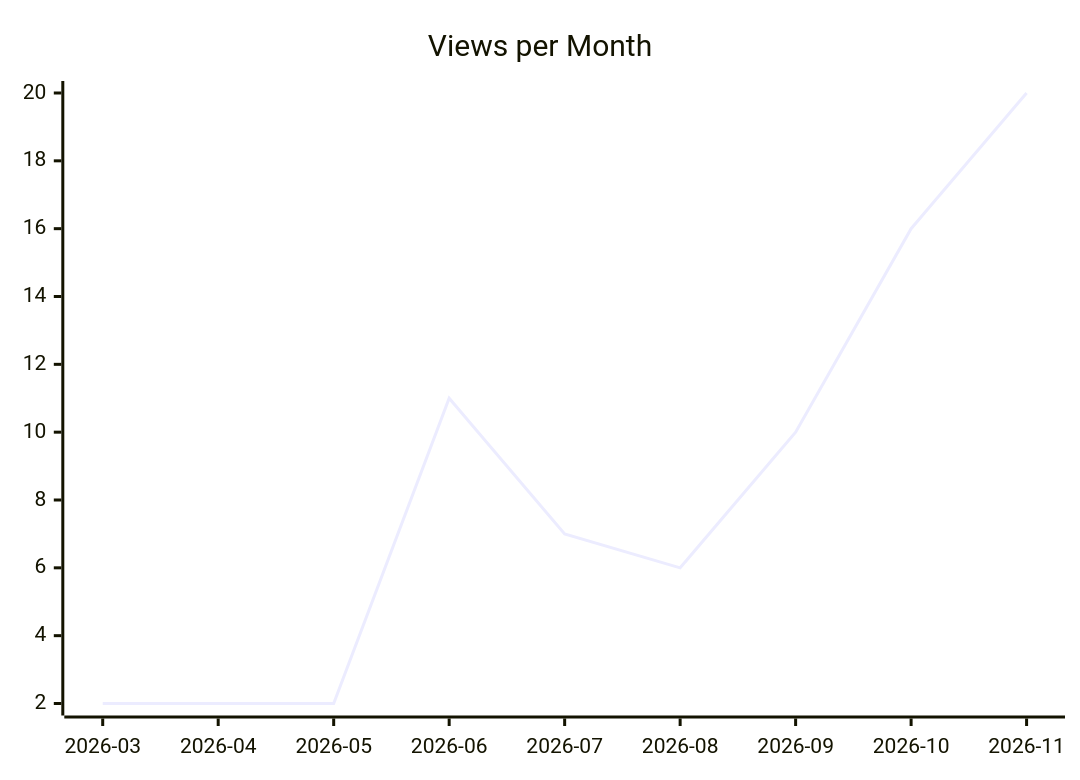
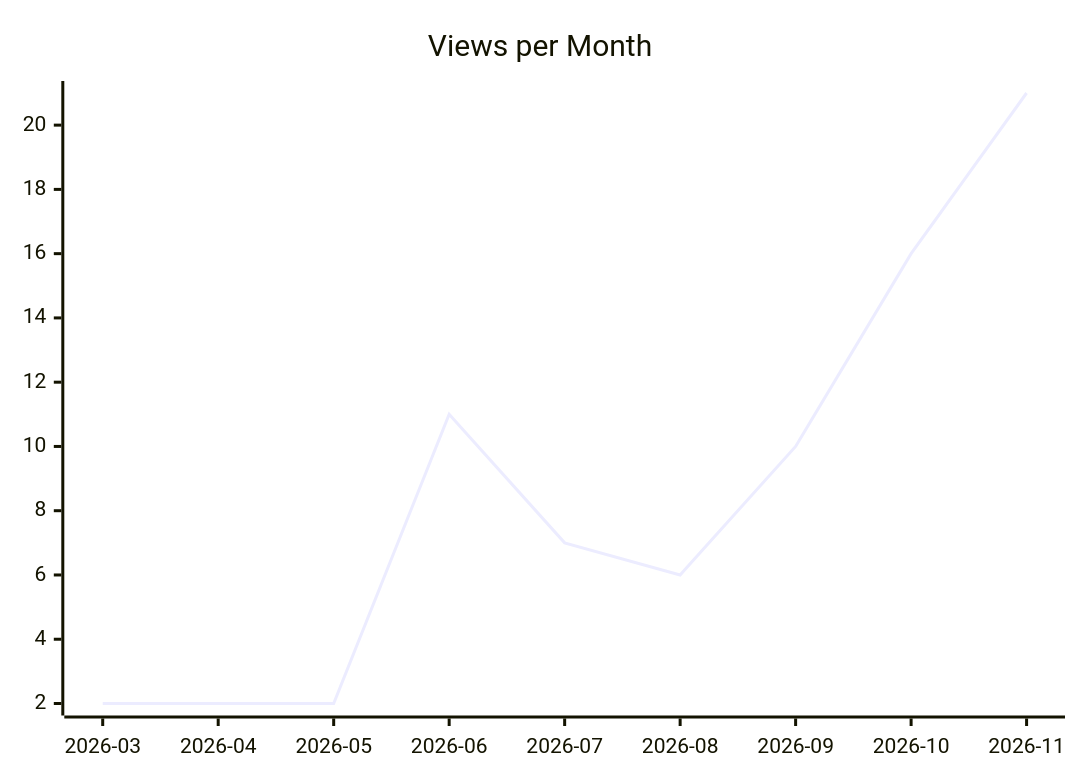
The second of 3 diagrams in karlmdavis/ansible-role-jenkins2/README.md (justdavis-family/github-analytics-data), drawn with Mermaid before and after one commit. The commit also changed other lines of this file and 193 other files, not shown here.

````diff
--- a/karlmdavis/ansible-role-jenkins2/README.md
+++ b/karlmdavis/ansible-role-jenkins2/README.md
@@ -12,6 +12,6 @@
 ```mermaid
 xychart-beta
   title "Views per Month"
   x-axis ["2026-03", "2026-04", "2026-05", "2026-06", "2026-07", "2026-08", "2026-09", "2026-10", "2026-11"]
-  line [2, 2, 2, 11, 7, 6, 10, 16, 20]
+  line [2, 2, 2, 11, 7, 6, 10, 16, 21]
 ```
````
